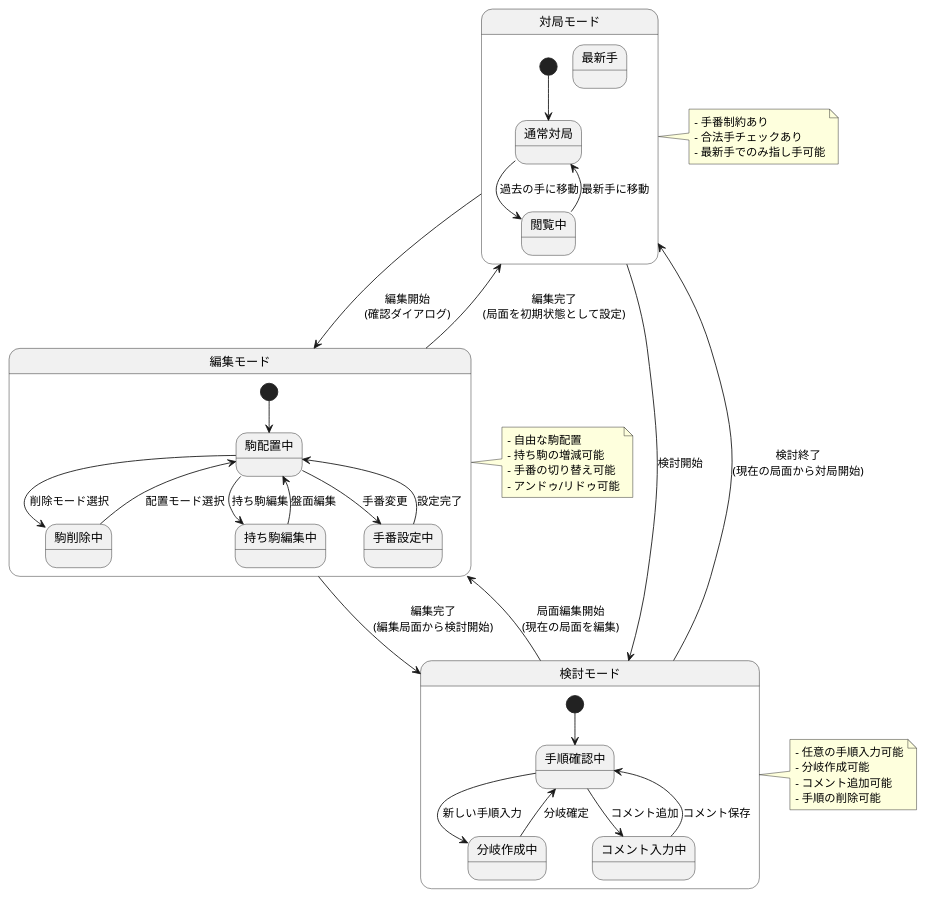
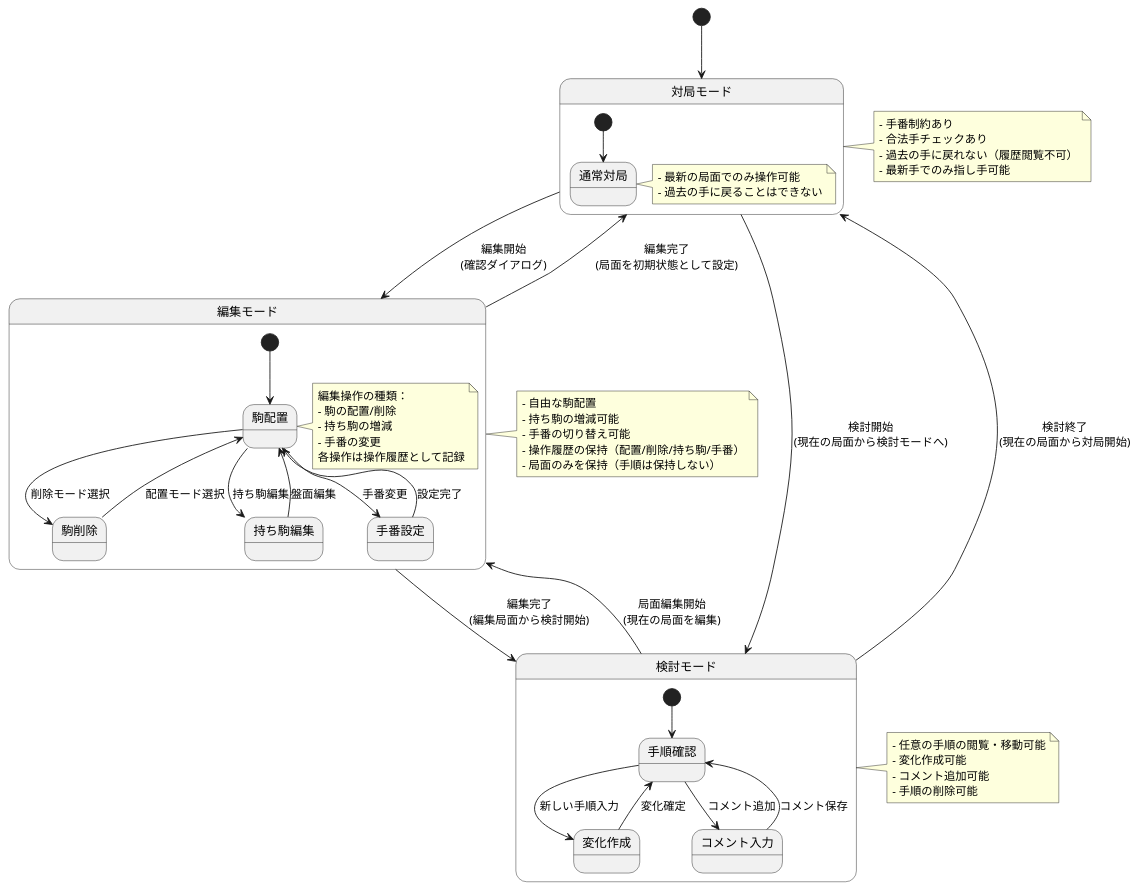
Before and after one commit to wavepacket1/shogi_gui: the diagram in docs/mode_feature/state_diagram.puml, drawn with PlantUML.

Commit message:
状態遷移図を作成

```diff
--- a/docs/mode_feature/state_diagram.puml
+++ b/docs/mode_feature/state_diagram.puml
@@ -1,72 +1,83 @@
-@startuml モード切替状態遷移図
+@startuml
+' モードの定義
+[*] --> 対局モード
 
-' モードの定義
-state "対局モード" as PlayMode {
-  state "通常対局" as NormalPlay
-  state "最新手" as LatestMove
-  state "閲覧中" as ViewMode
+state "対局モード" as 対局モード {
+  state "通常対局" as 通常対局
   
-  [*] --> NormalPlay
-  NormalPlay --> ViewMode : 過去の手に移動
-  ViewMode --> NormalPlay : 最新手に移動
+  [*] --> 通常対局
+  note right of 通常対局
+    - 最新の局面でのみ操作可能
+    - 過去の手に戻ることはできない
+  end note
 }
 
-state "編集モード" as EditMode {
-  state "駒配置中" as PlacingPieces
-  state "駒削除中" as RemovingPieces
-  state "持ち駒編集中" as EditingHand
-  state "手番設定中" as SettingPlayer
+state "編集モード" as 編集モード {
+  state "駒配置" as 駒配置
+  state "駒削除" as 駒削除
+  state "持ち駒編集" as 持ち駒編集
+  state "手番設定" as 手番設定
   
-  [*] --> PlacingPieces
-  PlacingPieces --> RemovingPieces : 削除モード選択
-  RemovingPieces --> PlacingPieces : 配置モード選択
-  PlacingPieces --> EditingHand : 持ち駒編集
-  EditingHand --> PlacingPieces : 盤面編集
-  PlacingPieces --> SettingPlayer : 手番変更
-  SettingPlayer --> PlacingPieces : 設定完了
+  [*] --> 駒配置
+  駒配置 --> 駒削除 : 削除モード選択
+  駒削除 --> 駒配置 : 配置モード選択
+  駒配置 --> 持ち駒編集 : 持ち駒編集
+  持ち駒編集 --> 駒配置 : 盤面編集
+  駒配置 --> 手番設定 : 手番変更
+  手番設定 --> 駒配置 : 設定完了
+
+  note right of 駒配置
+    編集操作の種類：
+    - 駒の配置/削除
+    - 持ち駒の増減
+    - 手番の変更
+    各操作は操作履歴として記録
+  end note
 }
 
-state "検討モード" as StudyMode {
-  state "手順確認中" as ReviewingMoves
-  state "分岐作成中" as CreatingBranch
-  state "コメント入力中" as InputtingComment
+state "検討モード" as 検討モード {
+  state "手順確認" as 手順確認
+  state "変化作成" as 変化作成
+  state "コメント入力" as コメント入力
   
-  [*] --> ReviewingMoves
-  ReviewingMoves --> CreatingBranch : 新しい手順入力
-  CreatingBranch --> ReviewingMoves : 分岐確定
-  ReviewingMoves --> InputtingComment : コメント追加
-  InputtingComment --> ReviewingMoves : コメント保存
+  [*] --> 手順確認
+  手順確認 --> 変化作成 : 新しい手順入力
+  変化作成 --> 手順確認 : 変化確定
+  手順確認 --> コメント入力 : コメント追加
+  コメント入力 --> 手順確認 : コメント保存
 }
 
 ' モード間の遷移
-PlayMode --> EditMode : 編集開始\n(確認ダイアログ)
-EditMode --> PlayMode : 編集完了\n(局面を初期状態として設定)
+対局モード --> 編集モード : 編集開始\n(確認ダイアログ)
+編集モード --> 対局モード : 編集完了\n(局面を初期状態として設定)
 
-PlayMode --> StudyMode : 検討開始
-StudyMode --> PlayMode : 検討終了\n(現在の局面から対局開始)
+対局モード --> 検討モード : 検討開始\n(現在の局面から検討モードへ)
+検討モード --> 対局モード : 検討終了\n(現在の局面から対局開始)
 
-EditMode --> StudyMode : 編集完了\n(編集局面から検討開始)
-StudyMode --> EditMode : 局面編集開始\n(現在の局面を編集)
+編集モード --> 検討モード : 編集完了\n(編集局面から検討開始)
+検討モード --> 編集モード : 局面編集開始\n(現在の局面を編集)
 
 ' 各モードの説明注釈
-note right of PlayMode
+note right of 対局モード
   - 手番制約あり
   - 合法手チェックあり
+  - 過去の手に戻れない（履歴閲覧不可）
   - 最新手でのみ指し手可能
 end note
 
-note right of EditMode
+note right of 編集モード
   - 自由な駒配置
   - 持ち駒の増減可能
   - 手番の切り替え可能
-  - アンドゥ/リドゥ可能
+  - 操作履歴の保持（配置/削除/持ち駒/手番）
+  - 局面のみを保持（手順は保持しない）
 end note
 
-note right of StudyMode
-  - 任意の手順入力可能
-  - 分岐作成可能
+note right of 検討モード
+  - 任意の手順の閲覧・移動可能
+  - 変化作成可能
   - コメント追加可能
   - 手順の削除可能
 end note
 
 @enduml
```
